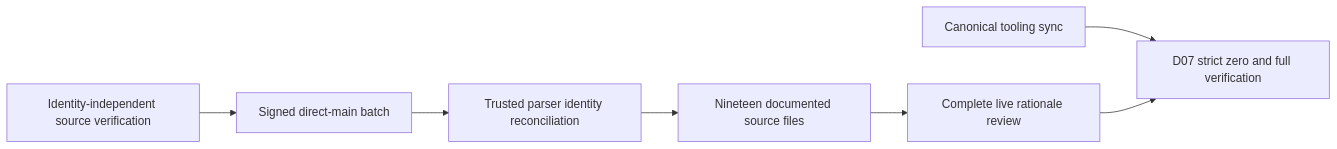
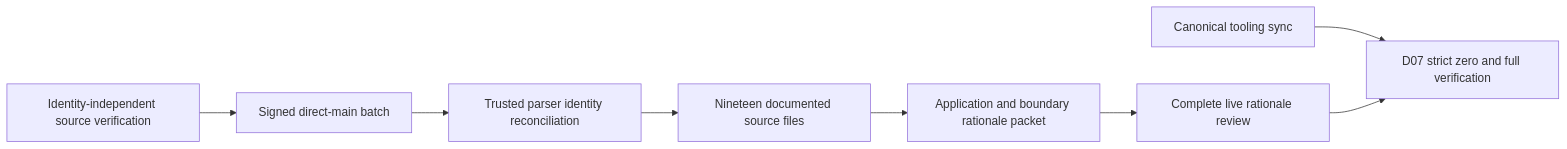
Before and after one commit to Resnovas/Eventiva: the third of 7 diagrams in docs/planning/timeline.md, drawn with Mermaid. The commit also changed other lines of this file and 8 other files, not shown here.

First line of the commit message:
docs(tests): explain application and boundary controls for EVE-261

````diff
--- a/docs/planning/timeline.md
+++ b/docs/planning/timeline.md
@@ -372,9 +375,10 @@
 ```mermaid
 flowchart LR
     Safe[Identity-independent source verification] --> Ship[Signed direct-main batch]
     Ship --> Identity[Trusted parser identity reconciliation]
     Identity --> Blocked[Nineteen documented source files]
-    Blocked --> Review[Complete live rationale review]
+    Blocked --> AppTests[Application and boundary rationale packet]
+    AppTests --> Review[Complete live rationale review]
     House[Canonical tooling sync] --> Strict[D07 strict zero and full verification]
     Review --> Strict
 ```
````
